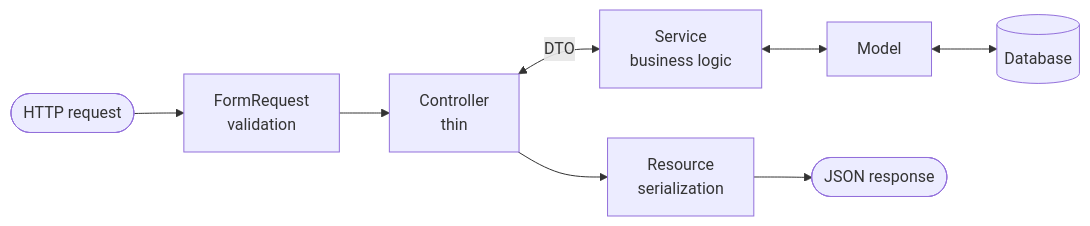
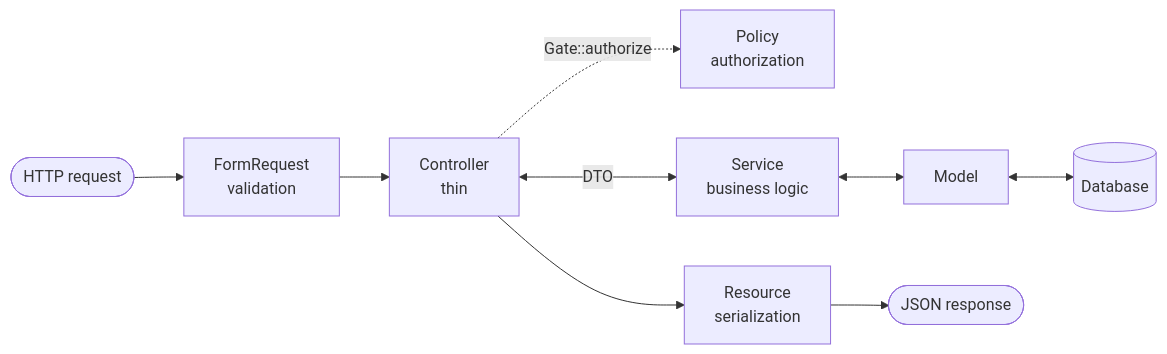
One commit to Nameless0l/laravel-api-generator changed the diagram in docs/guide/getting-started.md. Above: the diagram before and after it, drawn with Mermaid. The commit also changed other lines of this file and 24 other files, not shown here.

````diff
--- a/docs/guide/getting-started.md
+++ b/docs/guide/getting-started.md
@@ -63,10 +63,11 @@
 ```mermaid
 flowchart LR
     REQ(["HTTP request"]) --> FR["FormRequest<br/>validation"]
     FR --> CTRL["Controller<br/>thin"]
+    CTRL -. "Gate::authorize" .-> POL["Policy<br/>authorization"]
     CTRL <-- "DTO" --> SVC["Service<br/>business logic"]
     SVC <--> MOD["Model"]
     MOD <--> DB[("Database")]
     CTRL --> RES["Resource<br/>serialization"]
     RES --> OUT(["JSON response"])
 ```
````
